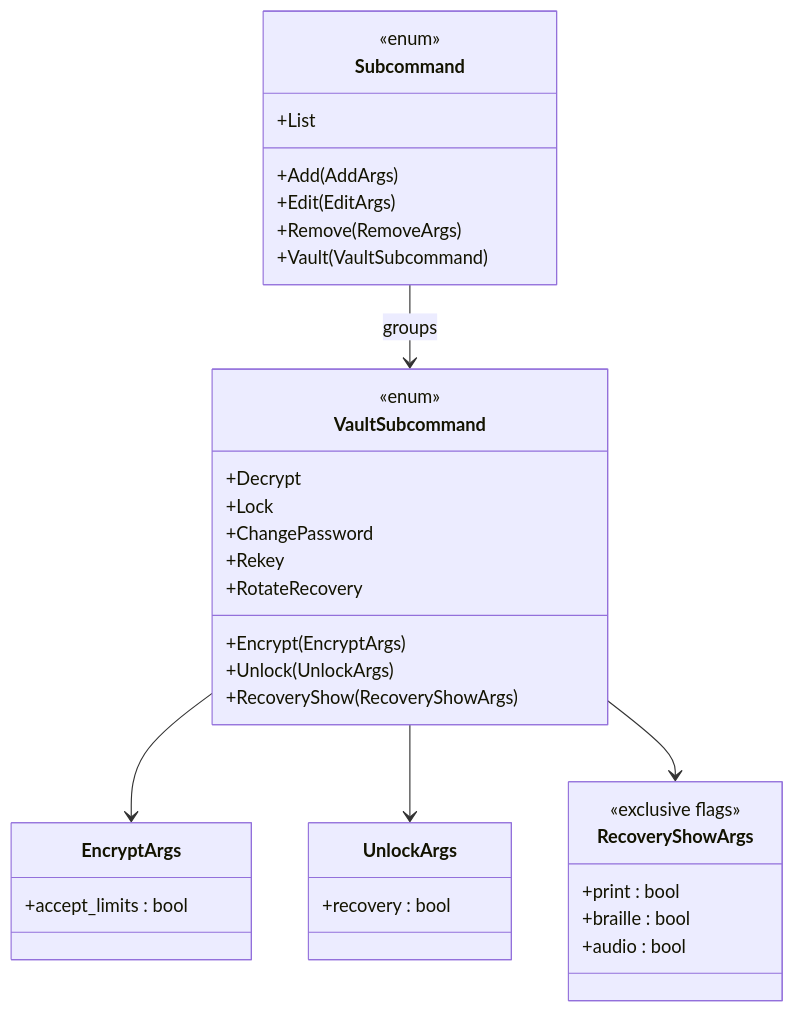
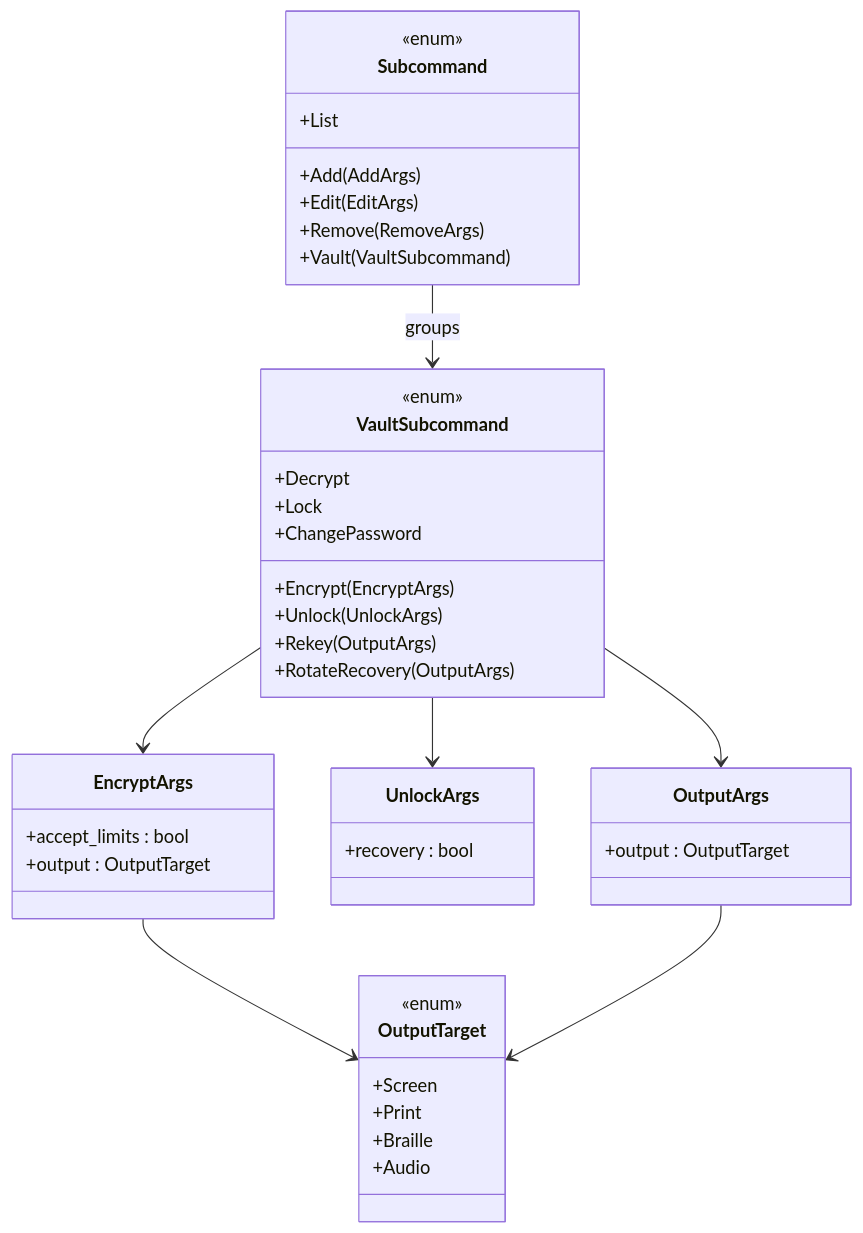
Before and after one commit to shikomi-dev/shikomi: the diagram in docs/features/vault-encryption/detailed-design/cli-subcommands.md, drawn with Mermaid. The commit also changed other lines of this file and 5 other files, not shown here.

````diff
--- a/docs/features/vault-encryption/detailed-design/cli-subcommands.md
+++ b/docs/features/vault-encryption/detailed-design/cli-subcommands.md
@@ -128,38 +147,44 @@
 ```mermaid
 classDiagram
     class Subcommand {
         <<enum>>
         +List
         +Add(AddArgs)
         +Edit(EditArgs)
         +Remove(RemoveArgs)
         +Vault(VaultSubcommand)
     }
     class VaultSubcommand {
         <<enum>>
         +Encrypt(EncryptArgs)
         +Decrypt
         +Unlock(UnlockArgs)
         +Lock
         +ChangePassword
-        +RecoveryShow(RecoveryShowArgs)
-        +Rekey
-        +RotateRecovery
+        +Rekey(OutputArgs)
+        +RotateRecovery(OutputArgs)
     }
     class EncryptArgs {
         +accept_limits : bool
+        +output : OutputTarget
     }
     class UnlockArgs {
         +recovery : bool
     }
-    class RecoveryShowArgs {
-        <<exclusive flags>>
-        +print : bool
-        +braille : bool
-        +audio : bool
+    class OutputArgs {
+        +output : OutputTarget
+    }
+    class OutputTarget {
+        <<enum>>
+        +Screen
+        +Print
+        +Braille
+        +Audio
     }
     Subcommand --> VaultSubcommand : groups
     VaultSubcommand --> EncryptArgs
     VaultSubcommand --> UnlockArgs
-    VaultSubcommand --> RecoveryShowArgs
+    VaultSubcommand --> OutputArgs
+    EncryptArgs --> OutputTarget
+    OutputArgs --> OutputTarget
 ```
````
